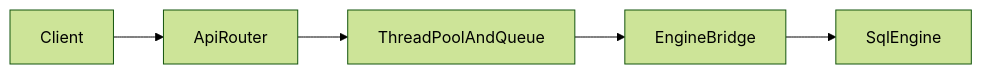
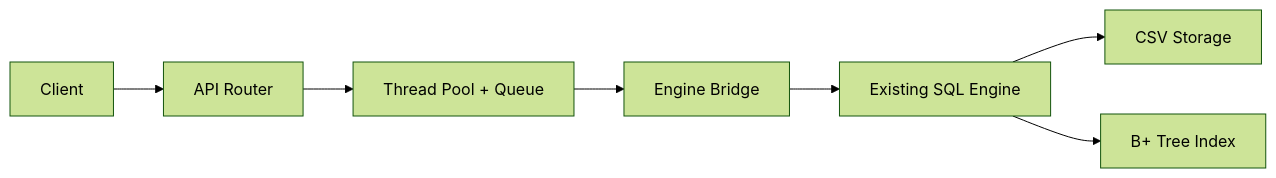
The first of 3 diagrams in docs/weeks/WEEK8/presentation/presentation_visuals.md (tail1887/sql_parsor), drawn with Mermaid (forest theme) before and after one commit. The commit also changed other lines of this file and 1 other file, not shown here.

Commit message:
docs: refine week8 presentation flow

````diff
--- a/docs/weeks/WEEK8/presentation/presentation_visuals.md
+++ b/docs/weeks/WEEK8/presentation/presentation_visuals.md
@@ -6,13 +24,17 @@
 ```mermaid
 flowchart LR
     client[Client]
-    router[ApiRouter]
-    pool[ThreadPoolAndQueue]
-    bridge[EngineBridge]
-    engine[SqlEngine]
+    router[API Router]
+    pool[Thread Pool + Queue]
+    bridge[Engine Bridge]
+    engine[Existing SQL Engine]
+    csv[CSV Storage]
+    bpt[B+ Tree Index]
 
     client --> router
     router --> pool
     pool --> bridge
     bridge --> engine
+    engine --> csv
+    engine --> bpt
 ```
````
